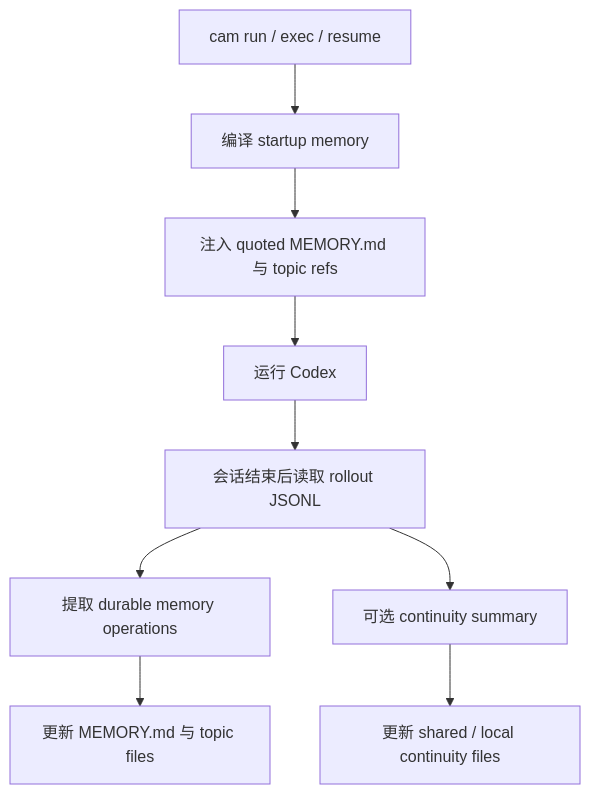
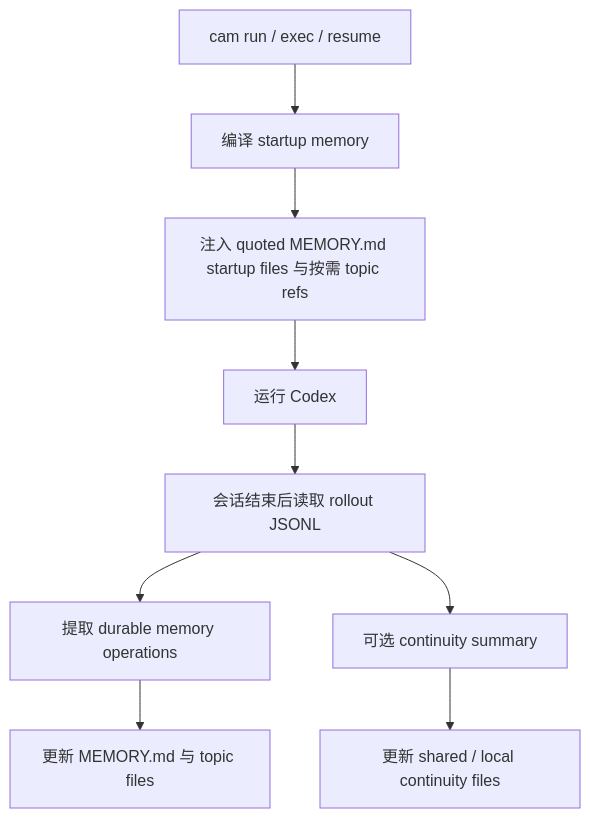
One commit to Boulea7/Codex-Auto-Memory changed the diagram in docs/architecture.md. Above: the diagram before and after it, drawn with Mermaid. The commit also changed other lines of this file and 29 other files, not shown here.

````diff
--- a/docs/architecture.md
+++ b/docs/architecture.md
@@ -28,11 +28,11 @@
 ```mermaid
 flowchart TD
     A[cam run / exec / resume] --> B[编译 startup memory]
-    B --> C[注入 quoted MEMORY.md 与 topic refs]
+    B --> C[注入 quoted MEMORY.md startup files 与按需 topic refs]
     C --> D[运行 Codex]
     D --> E[会话结束后读取 rollout JSONL]
     E --> F[提取 durable memory operations]
     E --> G[可选 continuity summary]
     F --> H[更新 MEMORY.md 与 topic files]
     G --> I[更新 shared / local continuity files]
 ```
````
